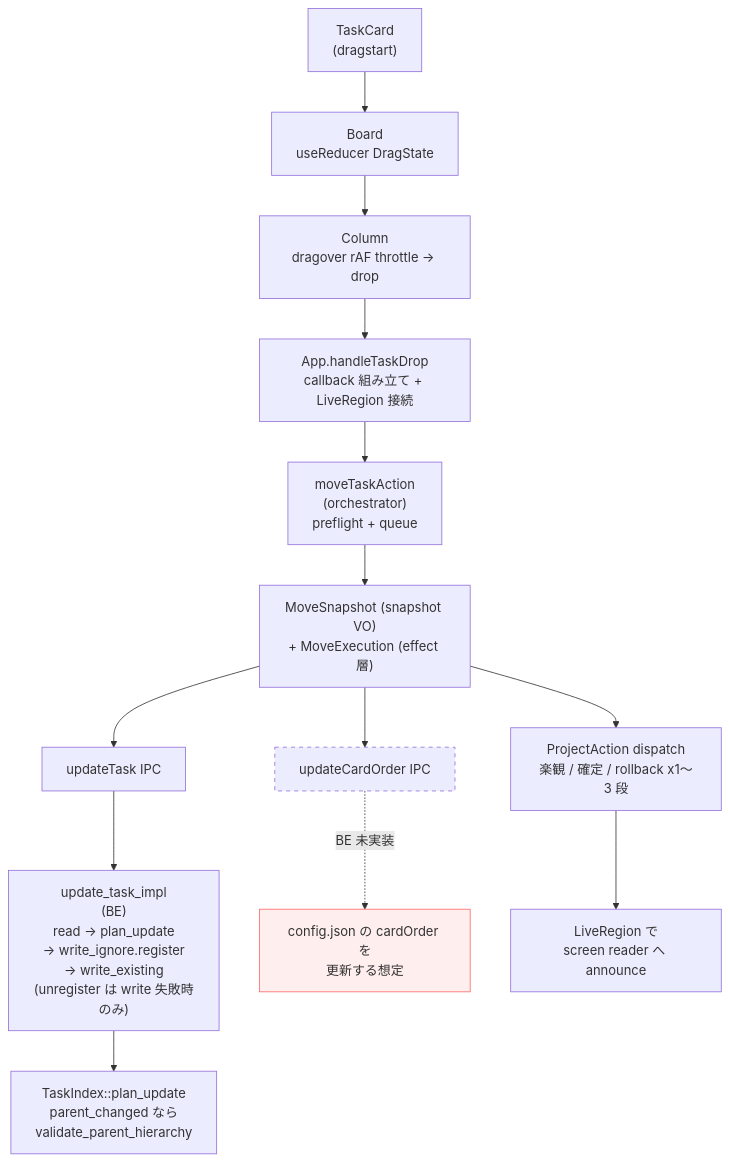
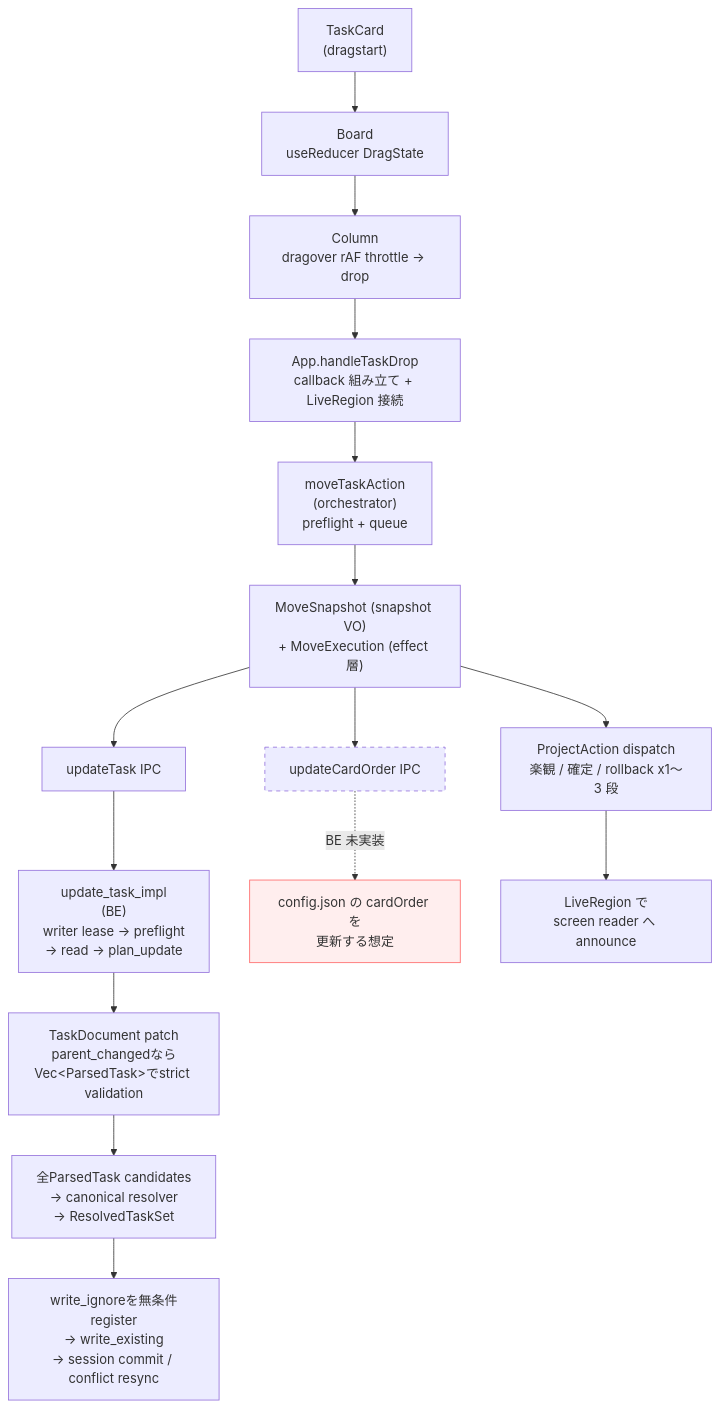
Before and after one commit to DIO0550/spec-board: the first of 4 diagrams in docs/impl/dnd-current-state.md, drawn with Mermaid. The commit also changed 3 other files, not shown here.

````diff
--- a/docs/impl/dnd-current-state.md
+++ b/docs/impl/dnd-current-state.md
@@ -15,18 +15,20 @@
 ```mermaid
 flowchart TD
     TC["TaskCard<br/>(dragstart)"] --> BD["Board<br/>useReducer DragState"]
     BD --> CL["Column<br/>dragover rAF throttle → drop"]
     CL --> APP["App.handleTaskDrop<br/>callback 組み立て + LiveRegion 接続"]
     APP --> MTA["moveTaskAction<br/>(orchestrator)<br/>preflight + queue"]
     MTA --> SNAP["MoveSnapshot (snapshot VO)<br/>+ MoveExecution (effect 層)"]
     SNAP --> UT["updateTask IPC"]
     SNAP --> UCO["updateCardOrder IPC"]
-    UT --> UTI["update_task_impl<br/>(BE)<br/>read → plan_update<br/>→ write_ignore.register<br/>→ write_existing<br/>(unregister は write 失敗時のみ)"]
-    UTI --> PU["TaskIndex::plan_update<br/>parent_changed なら<br/>validate_parent_hierarchy"]
+    UT --> UTI["update_task_impl<br/>(BE)<br/>writer lease → preflight<br/>→ read → plan_update"]
+    UTI --> PU["TaskDocument patch<br/>parent_changedなら<br/>Vec&lt;ParsedTask&gt;でstrict validation"]
+    PU --> RES["全ParsedTask candidates<br/>→ canonical resolver<br/>→ ResolvedTaskSet"]
+    RES --> WRITE["write_ignoreを無条件register<br/>→ write_existing<br/>→ session commit / conflict resync"]
     UCO -.BE 未実装.-> UCOBE["config.json の cardOrder を<br/>更新する想定"]
     SNAP --> DISP["ProjectAction dispatch<br/>楽観 / 確定 / rollback x1〜3 段"]
     DISP --> LR["LiveRegion で<br/>screen reader へ announce"]
 
     style UCO stroke-dasharray: 5 5
     style UCOBE fill:#fee,stroke:#f66
 ```
````
